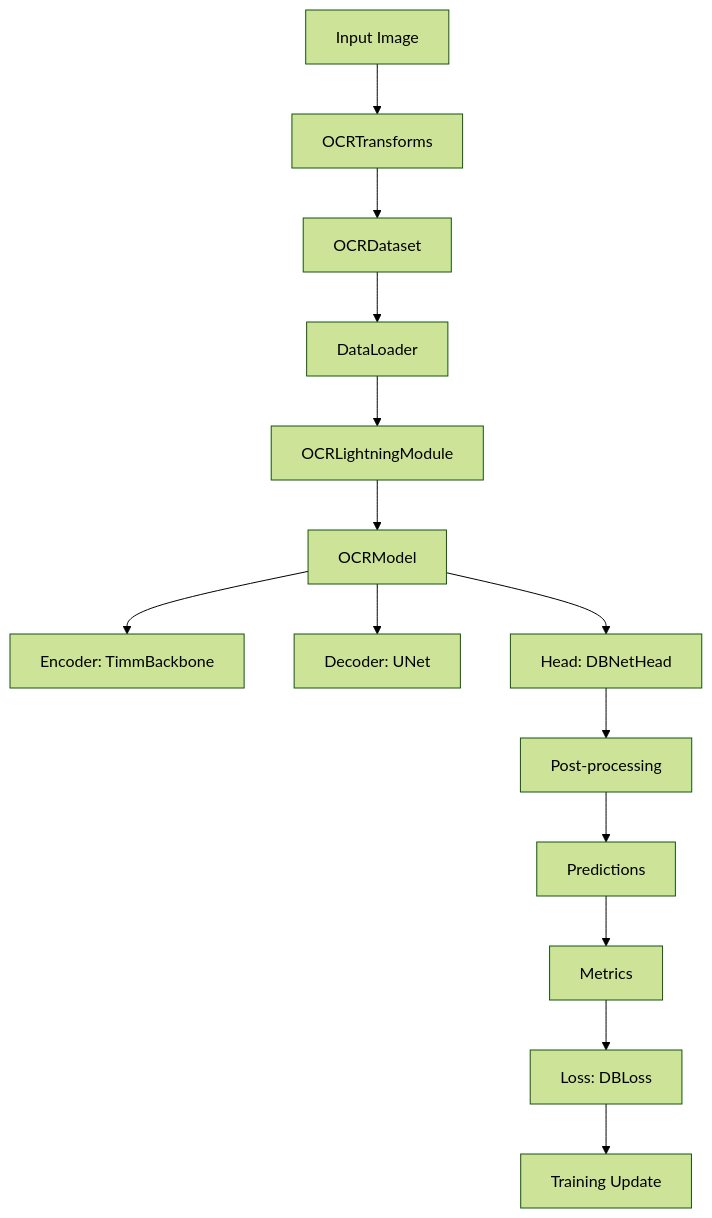
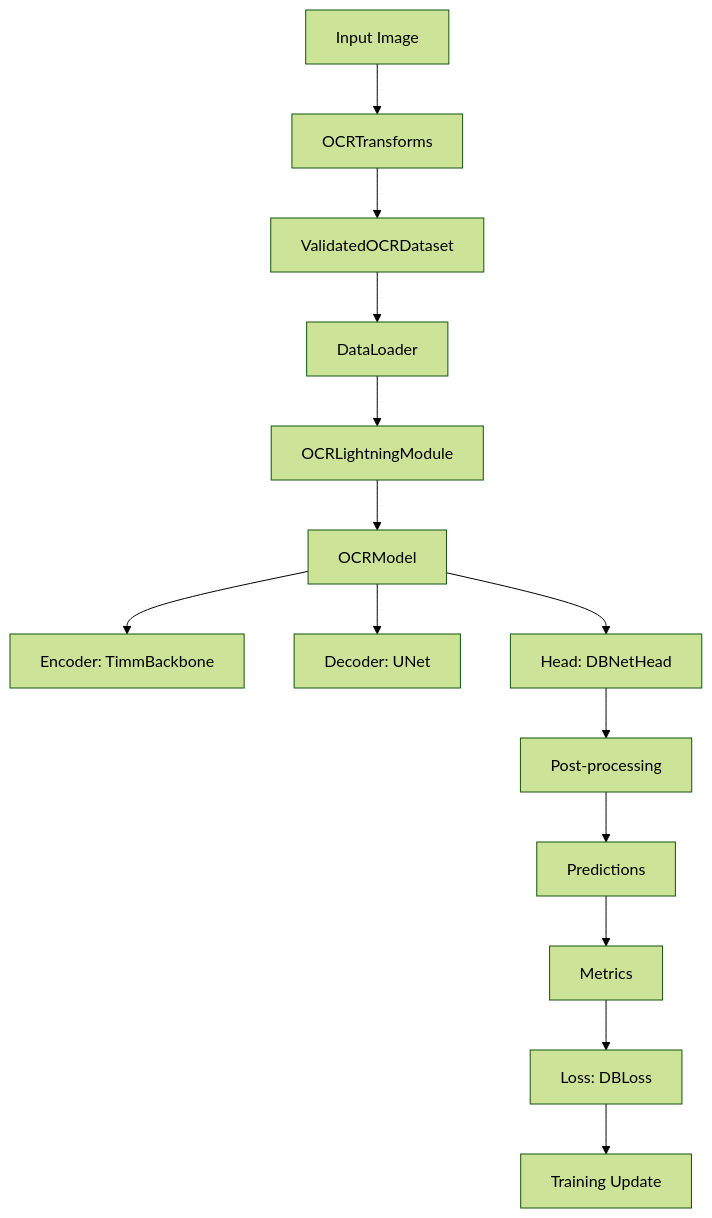
The second of 2 diagrams in docs/ai_handbook/03_references/architecture/01_architecture.md (AIBootcamp13/upstageailab-ocr-recsys-competition-ocr-2), drawn with Mermaid before and after one commit. The commit also changed 23 other files, not shown here.

````diff
--- a/docs/ai_handbook/03_references/architecture/01_architecture.md
+++ b/docs/ai_handbook/03_references/architecture/01_architecture.md
@@ -82,20 +82,20 @@
 ```mermaid
 ---
 config:
   theme: "forest"
 ---
 graph TD
     A[Input Image] --> B[OCRTransforms]
-    B --> C[OCRDataset]
+    B --> C[ValidatedOCRDataset]
     C --> D[DataLoader]
     D --> E[OCRLightningModule]
     E --> F[OCRModel]
     F --> G[Encoder: TimmBackbone]
     F --> H[Decoder: UNet]
     F --> I[Head: DBNetHead]
     I --> J[Post-processing]
     J --> K[Predictions]
     K --> L[Metrics]
     L --> M[Loss: DBLoss]
     M --> N[Training Update]
 ```
````
